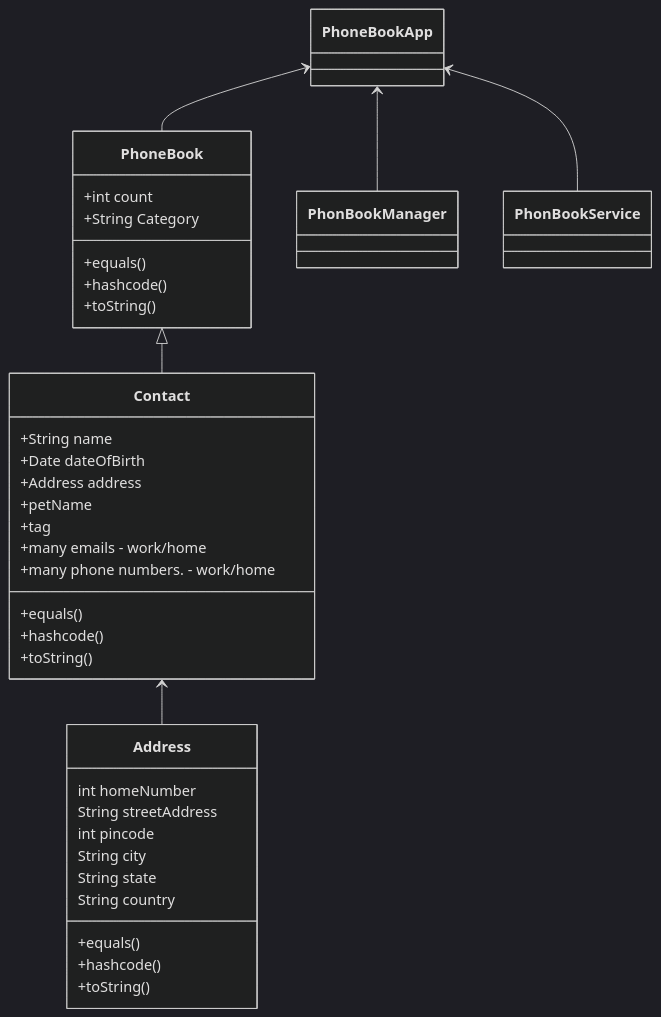
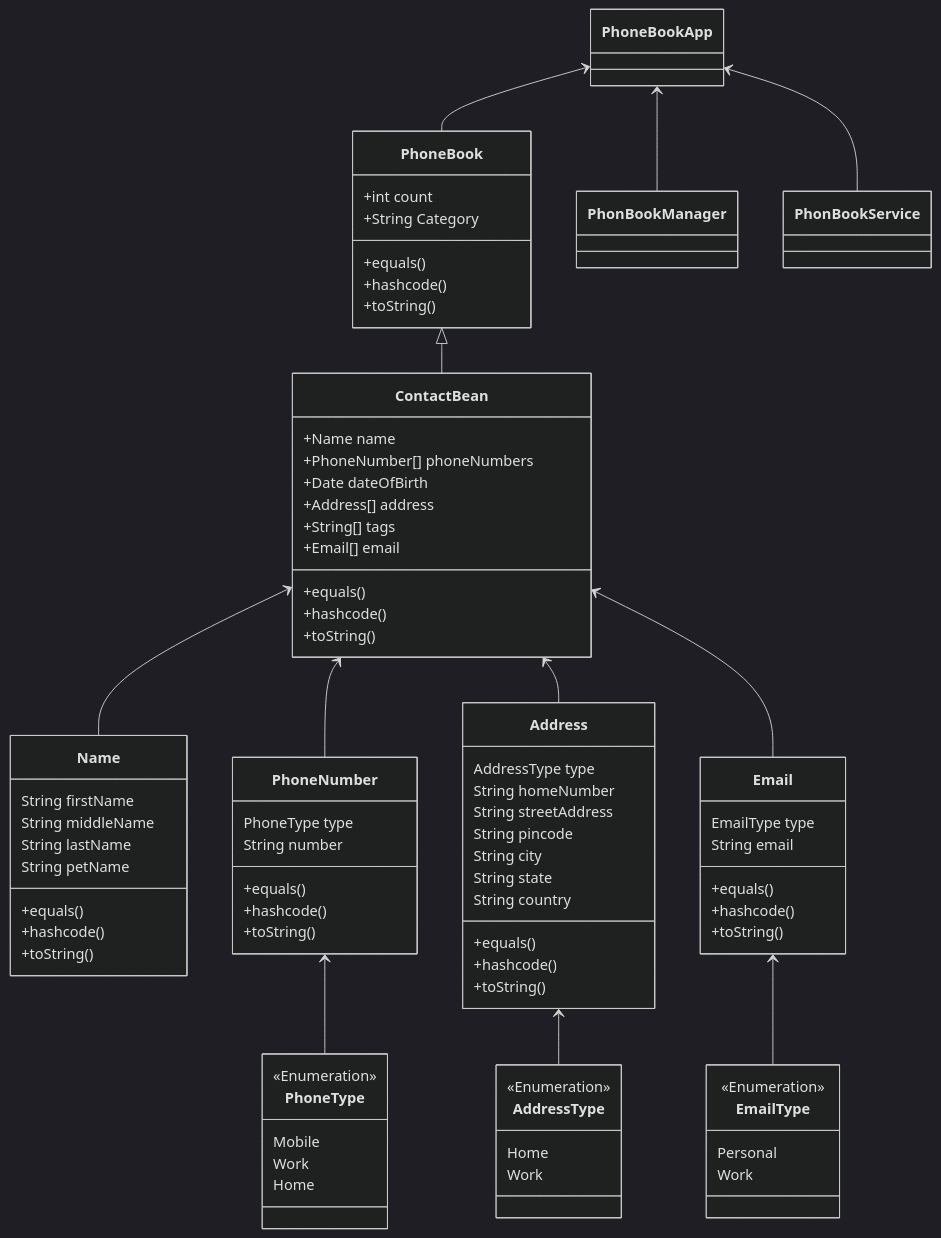
Before and after one commit to mariojoshua/PhoneBookApp_Java: the diagram in design docs/classDiagram.md, drawn with Mermaid (dark theme).

Commit message:
Fixed multiplicity and cardinality issues for ContactBean

````diff
--- a/design docs/classDiagram.md
+++ b/design docs/classDiagram.md
@@ -5,30 +5,69 @@
     PhoneBookApp <-- PhonBookService
 
 
-    PhoneBook <|-- Contact
+    PhoneBook <|-- ContactBean
     PhoneBook : +int count
     PhoneBook : +String Category
     PhoneBook: +equals()
     PhoneBook: +hashcode()
     PhoneBook: +toString()
  
-    Contact <-- Address
-    class Contact{
-        +String name
+    ContactBean <-- Name
+    ContactBean <-- PhoneNumber
+    ContactBean <-- Address
+    ContactBean <-- Email
+    class ContactBean{
+        +Name name
+        +PhoneNumber[] phoneNumbers
         +Date dateOfBirth
-        +Address address 
-        +petName
-        +tag 
-        +many emails - work/home
-        +many phone numbers. - work/home
+        +Address[] address 
+        +String[] tags 
+        +Email[] email 
         +equals()
         +hashcode()
         +toString()
     }
+    class Name {
+        String firstName
+        String middleName
+        String lastName
+        String petName
+        +equals()
+        +hashcode()
+        +toString()
+    }
+    class PhoneNumber {
+        PhoneType type
+        String number
+        +equals()
+        +hashcode()
+        +toString()
+    }
+    PhoneNumber <-- PhoneType
+    class PhoneType {
+        <<Enumeration>>
+        Mobile
+        Work
+        Home
+    }
+    class Email {
+        EmailType type
+        String email
+        +equals()
+        +hashcode()
+        +toString()
+    }
+    Email <-- EmailType
+    class EmailType {
+        <<Enumeration>>
+        Personal
+        Work
+    }
     class Address{
-        int homeNumber 
+        AddressType type
+        String homeNumber 
         String streetAddress 
-        int pincode 
+        String pincode 
         String city 
         String state 
         String country 
@@ -36,4 +75,10 @@
         +hashcode()
         +toString()
     }
+    Address <-- AddressType
+    class AddressType {
+        <<Enumeration>>
+        Home
+        Work
+    }
 ```    
````
